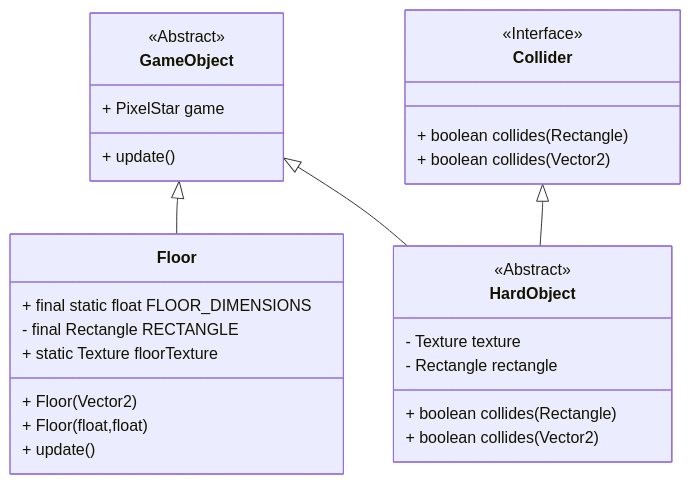
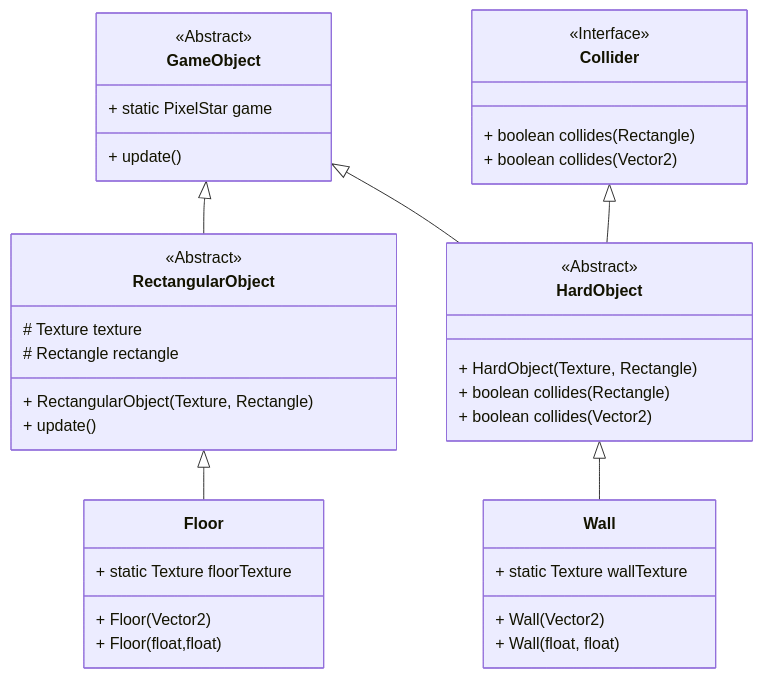
One commit to StrangeClone/PixelStars changed the diagram in core/src/com/pixelstar/gameobject/README.md. Above: the diagram before and after it, drawn with Mermaid. The commit also changed 7 other files, not shown here.

Commit message:
Commit 0.4 - added RectangularObject and Wall class, modified the hierarchy of GameObject

````diff
--- a/core/src/com/pixelstar/gameobject/README.md
+++ b/core/src/com/pixelstar/gameobject/README.md
@@ -6,31 +6,41 @@
 ```mermaid
 classDiagram
 class GameObject {
     <<Abstract>>
-    + PixelStar game
+    + static PixelStar game
     + update()
 }
+class RectangularObject {
+    <<Abstract>>
+    # Texture texture
+    # Rectangle rectangle
+    + RectangularObject(Texture, Rectangle)
+    + update()
+}
+GameObject <|-- RectangularObject
 class Floor {
-    + final static float FLOOR_DIMENSIONS
-    - final Rectangle RECTANGLE
     + static Texture floorTexture
     + Floor(Vector2)
     + Floor(float,float)
-    + update()
 }
-GameObject <|-- Floor
+RectangularObject <|-- Floor
 class Collider {
     <<Interface>>
     + boolean collides(Rectangle)
     + boolean collides(Vector2)
 }
 class HardObject {
     <<Abstract>>
-    - Texture texture
-    - Rectangle rectangle
+    + HardObject (Texture, Rectangle)
     + boolean collides(Rectangle)
     + boolean collides(Vector2)
 }
 GameObject <|-- HardObject
 Collider <|-- HardObject
+class Wall {
+    + static Texture wallTexture
+    + Wall(Vector2)
+    + Wall(float, float)
+}
+HardObject <|-- Wall
 ```
````
